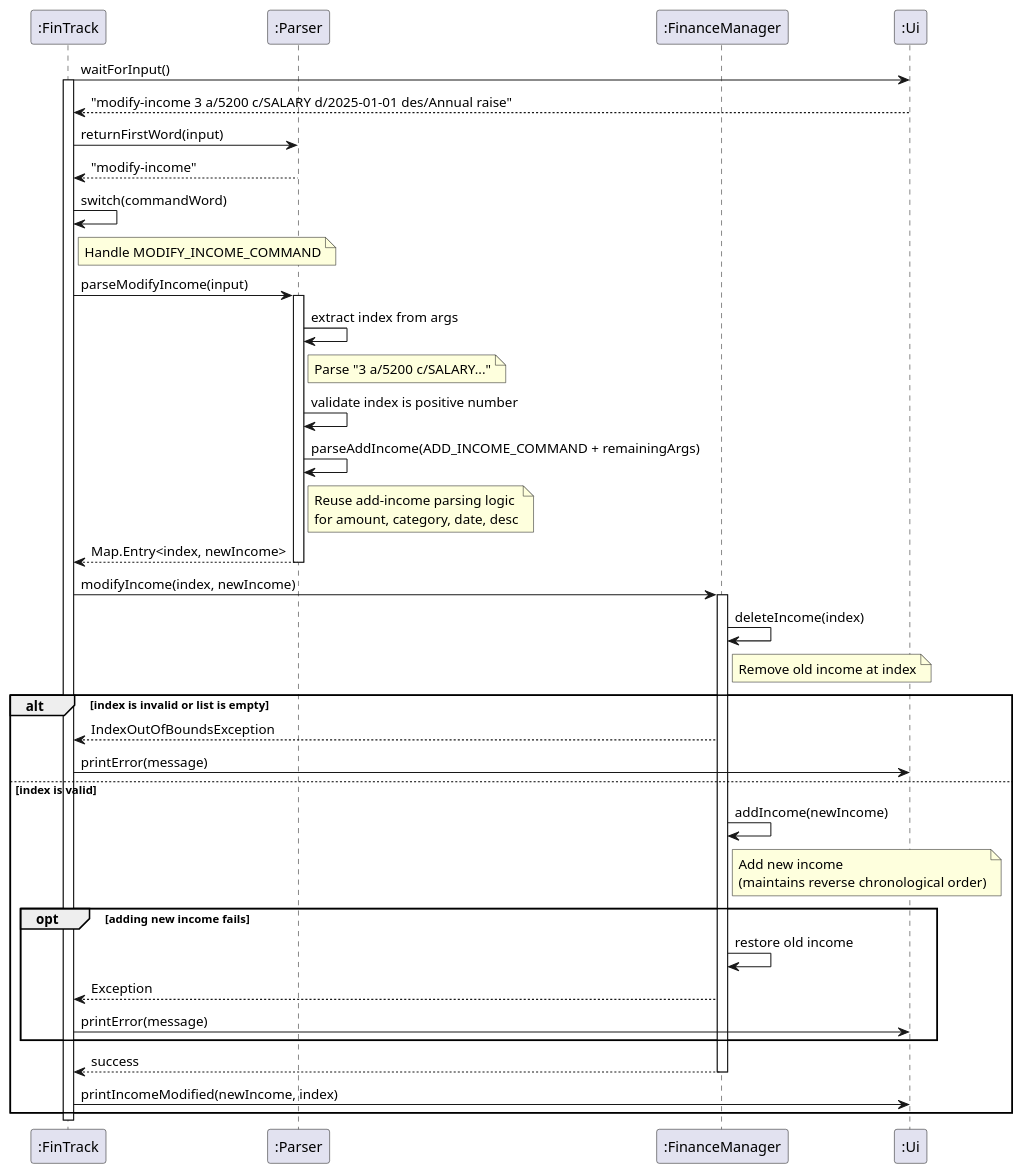
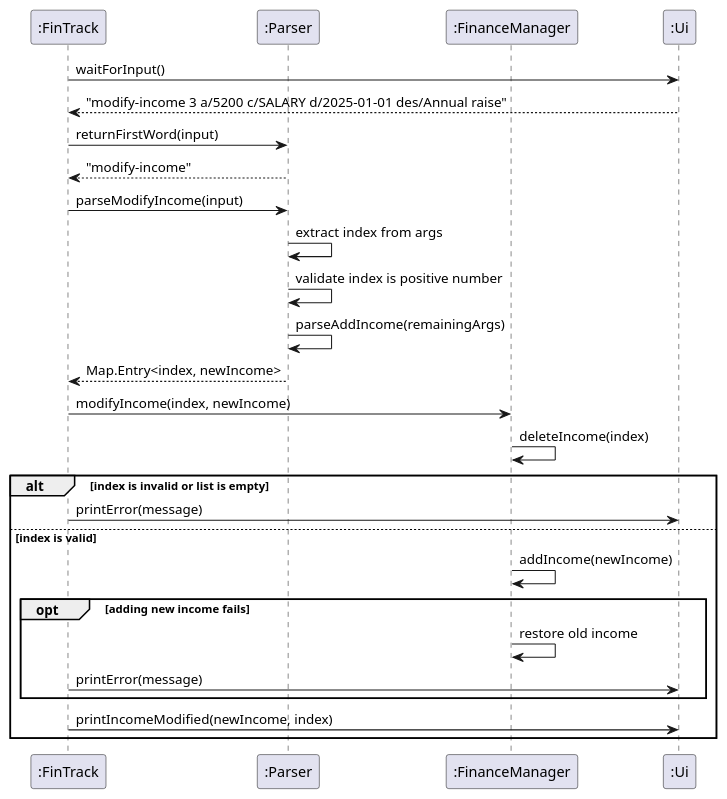
Before and after one commit to AY2526S1-CS2113-W12-4/tp: the diagram in docs/diagrams/modify_income.puml, drawn with PlantUML. The commit also changed 3 other files, not shown here.

Commit message:
Update puml diagrams for modify methods

```diff
--- a/docs/diagrams/modify_income.puml
+++ b/docs/diagrams/modify_income.puml
@@ -1,58 +1,35 @@
 @startuml
 participant ":FinTrack" as FT
 participant ":Parser" as P
 participant ":FinanceManager" as FM
 participant ":Ui" as UI
 
 FT -> UI: waitForInput()
-activate FT
 UI --> FT: "modify-income 3 a/5200 c/SALARY d/2025-01-01 des/Annual raise"
 
 FT -> P: returnFirstWord(input)
 P --> FT: "modify-income"
 
-FT -> FT: switch(commandWord)
-
-note right of FT: Handle MODIFY_INCOME_COMMAND
-
 FT -> P: parseModifyIncome(input)
-activate P
-
 P -> P: extract index from args
-note right of P: Parse "3 a/5200 c/SALARY..."
-
 P -> P: validate index is positive number
-
-P -> P: parseAddIncome(ADD_INCOME_COMMAND + remainingArgs)
-note right of P: Reuse add-income parsing logic\nfor amount, category, date, desc
-
+P -> P: parseAddIncome(remainingArgs)
 P --> FT: Map.Entry<index, newIncome>
-deactivate P
 
 FT -> FM: modifyIncome(index, newIncome)
-activate FM
 
 FM -> FM: deleteIncome(index)
-note right of FM: Remove old income at index
 
 alt index is invalid or list is empty
-    FM --> FT: IndexOutOfBoundsException
     FT -> UI: printError(message)
 else index is valid
     FM -> FM: addIncome(newIncome)
-    note right of FM: Add new income\n(maintains reverse chronological order)
-    
+
     opt adding new income fails
         FM -> FM: restore old income
-        FM --> FT: Exception
         FT -> UI: printError(message)
     end
-    
-    FM --> FT: success
-    deactivate FM
-    
+
     FT -> UI: printIncomeModified(newIncome, index)
 end
-
-deactivate FT
 @enduml
```
